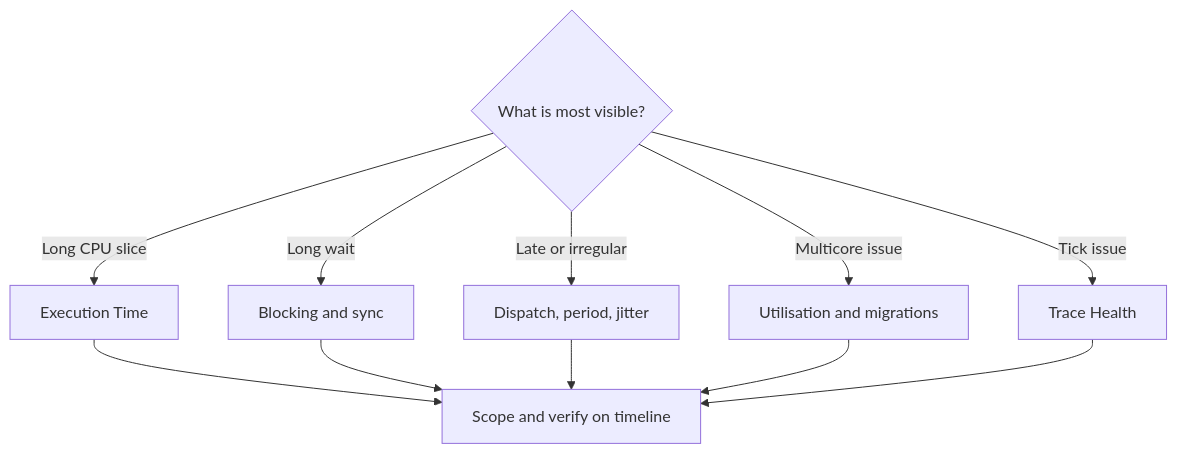
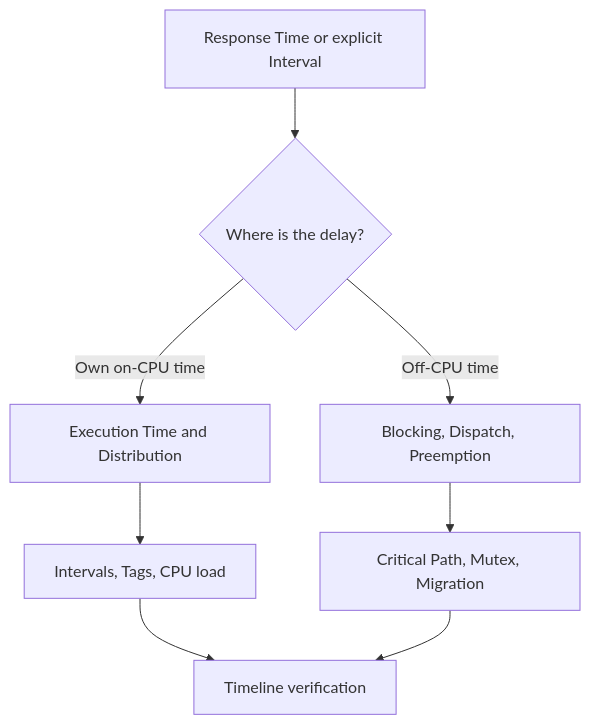
The second of 6 diagrams in BTFViewer/WORKFLOWS.md (kuopinghsu/FreeRTOS-BTF-Trace), drawn with Mermaid before and after one commit. The commit also changed other lines of this file and 112 other files, not shown here.

````diff
--- a/BTFViewer/WORKFLOWS.md
+++ b/BTFViewer/WORKFLOWS.md
@@ -167,14 +303,10 @@
 ```mermaid
 flowchart TD
-  symptom{"What is most visible?"}
-  symptom -->|Long CPU slice| execution["Execution Time"]
-  symptom -->|Long wait| blocking["Blocking and sync"]
-  symptom -->|Late or irregular| timing["Dispatch, period, jitter"]
-  symptom -->|Multicore issue| smp["Utilisation and migrations"]
-  symptom -->|Tick issue| tick["Trace Health"]
-  execution --> verify["Scope and verify on timeline"]
-  blocking --> verify
-  timing --> verify
-  smp --> verify
-  tick --> verify
+  response["Response Time or explicit Interval"] --> split{"Where is the delay?"}
+  split -->|Own on-CPU time| execution["Execution Time and Distribution"]
+  split -->|Off-CPU time| offcpu["Blocking, Dispatch, Preemption"]
+  execution --> detail["Intervals, Tags, CPU load"]
+  offcpu --> schedsync["Critical Path, Mutex, Migration"]
+  detail --> timeline["Timeline verification"]
+  schedsync --> timeline
 ```
````
